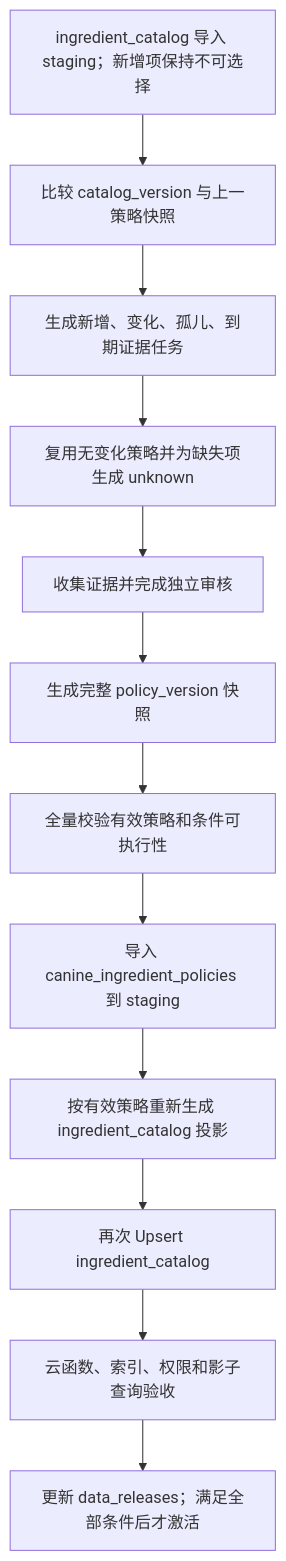
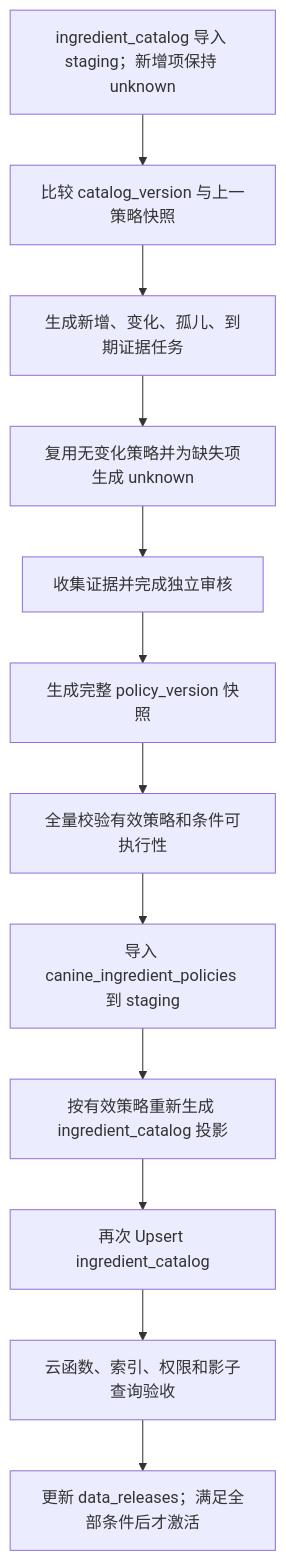
The diagram in docs/data/canine-ingredient-policies-sop.md (MartianC/dogfood), drawn with Mermaid before and after one commit. The commit also changed other lines of this file and 46 other files, not shown here.

````diff
--- a/docs/data/canine-ingredient-policies-sop.md
+++ b/docs/data/canine-ingredient-policies-sop.md
@@ -164,14 +164,14 @@
 ```mermaid
 flowchart TD
-  A["ingredient_catalog 导入 staging；新增项保持不可选择"] --> B["比较 catalog_version 与上一策略快照"]
+  A["ingredient_catalog 导入 staging；新增项保持 unknown"] --> B["比较 catalog_version 与上一策略快照"]
   B --> C["生成新增、变化、孤儿、到期证据任务"]
   C --> D["复用无变化策略并为缺失项生成 unknown"]
   D --> E["收集证据并完成独立审核"]
   E --> F["生成完整 policy_version 快照"]
   F --> G["全量校验有效策略和条件可执行性"]
   G --> H["导入 canine_ingredient_policies 到 staging"]
   H --> I["按有效策略重新生成 ingredient_catalog 投影"]
   I --> J["再次 Upsert ingredient_catalog"]
   J --> K["云函数、索引、权限和影子查询验收"]
   K --> L["更新 data_releases；满足全部条件后才激活"]
 ```
````
